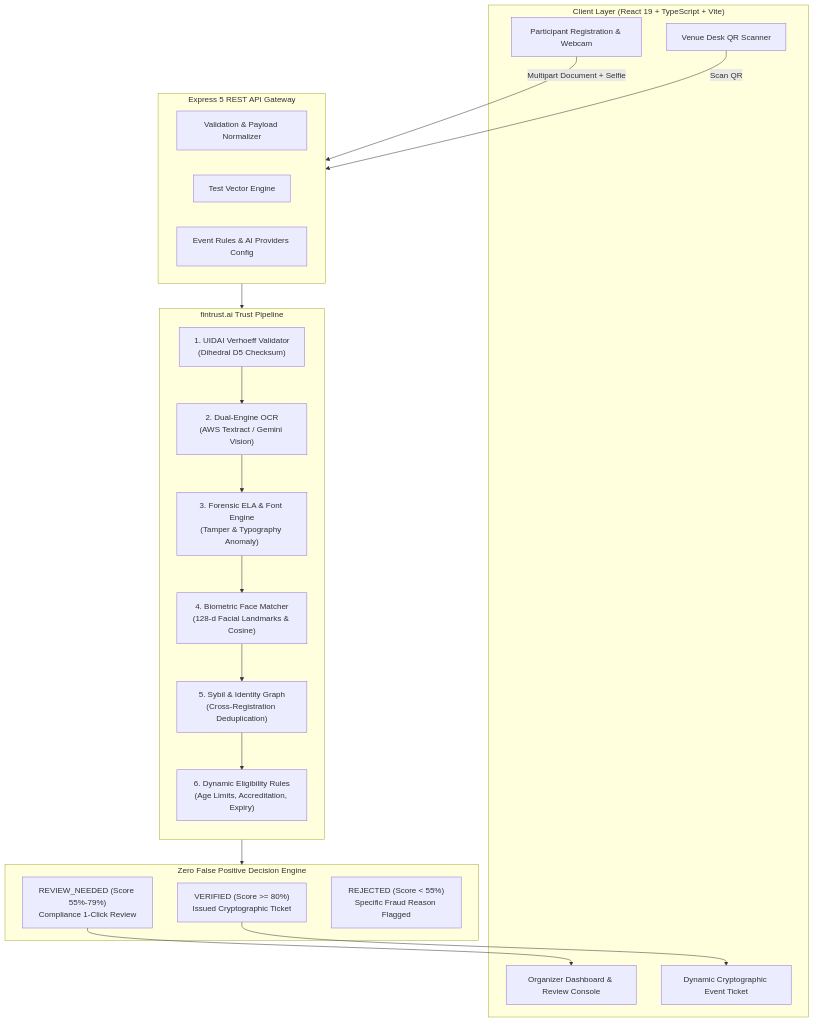
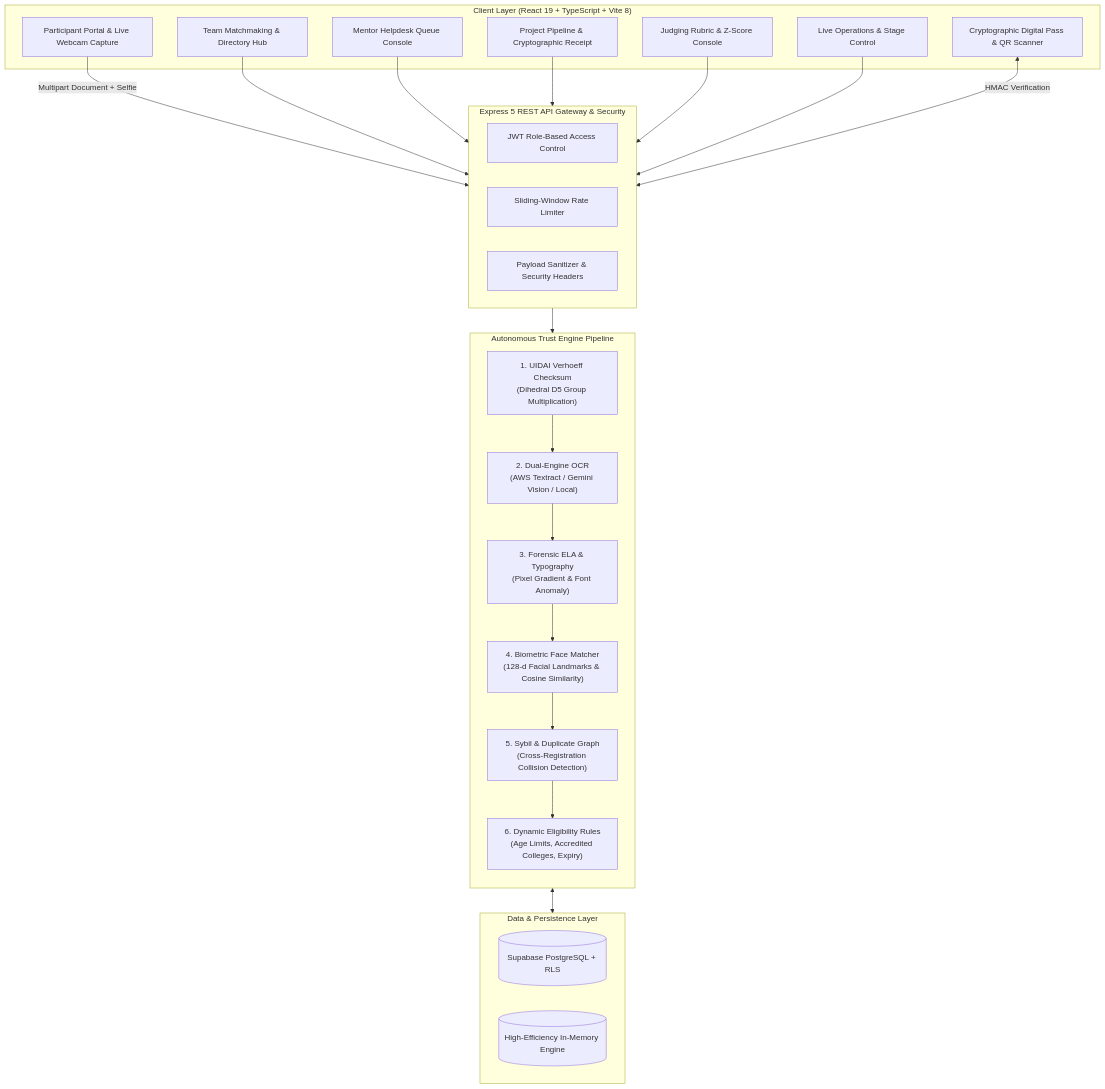
The diagram in README.md (Rahulbharvadiya/fintrust.ai-), drawn with Mermaid before and after one commit. The commit also changed other lines of this file, not shown here.

Commit message:
docs: complete professional documentation with v2.0 specs, architecture, and deployment guide

````diff
--- a/README.md
+++ b/README.md
@@ -97,39 +111,40 @@
 ```mermaid
 flowchart TD
-    subgraph Client ["Client Layer (React 19 + TypeScript + Vite)"]
-        UI[Participant Registration & Webcam]
-        Admin[Organizer Dashboard & Review Console]
-        Pass[Dynamic Cryptographic Event Ticket]
-        Scanner[Venue Desk QR Scanner]
+    subgraph Client ["Client Layer (React 19 + TypeScript + Vite 8)"]
+        UI[Participant Portal & Live Webcam Capture]
+        Teams[Team Matchmaking & Directory Hub]
+        Helpdesk[Mentor Helpdesk Queue Console]
+        Submissions[Project Pipeline & Cryptographic Receipt]
+        Judging[Judging Rubric & Z-Score Console]
+        LiveOps[Live Operations & Stage Control]
+        Ticket[Cryptographic Digital Pass & QR Scanner]
     end
 
-    subgraph Gateway ["Express 5 REST API Gateway"]
-        Auth[Validation & Payload Normalizer]
-        TestRunner[Test Vector Engine]
-        ConfigCtrl[Event Rules & AI Providers Config]
+    subgraph Gateway ["Express 5 REST API Gateway & Security"]
+        Auth[JWT Role-Based Access Control]
+        RateLimiter[Sliding-Window Rate Limiter]
+        Sanitizer[Payload Sanitizer & Security Headers]
     end
 
-    subgraph CoreEngine ["fintrust.ai Trust Pipeline"]
+    subgraph TrustPipeline ["Autonomous Trust Engine Pipeline"]
         direction TB
-        V1["1. UIDAI Verhoeff Validator\n(Dihedral D5 Checksum)"]
-        V2["2. Dual-Engine OCR\n(AWS Textract / Gemini Vision)"]
-        V3["3. Forensic ELA & Font Engine\n(Tamper & Typography Anomaly)"]
-        V4["4. Biometric Face Matcher\n(128-d Facial Landmarks & Cosine)"]
-        V5["5. Sybil & Identity Graph\n(Cross-Registration Deduplication)"]
-        V6["6. Dynamic Eligibility Rules\n(Age Limits, Accreditation, Expiry)"]
+        V1["1. UIDAI Verhoeff Checksum\n(Dihedral D5 Group Multiplication)"]
+        V2["2. Dual-Engine OCR\n(AWS Textract / Gemini Vision / Local)"]
+        V3["3. Forensic ELA & Typography\n(Pixel Gradient & Font Anomaly)"]
+        V4["4. Biometric Face Matcher\n(128-d Facial Landmarks & Cosine Similarity)"]
+        V5["5. Sybil & Duplicate Graph\n(Cross-Registration Collision Detection)"]
+        V6["6. Dynamic Eligibility Rules\n(Age Limits, Accredited Colleges, Expiry)"]
     end
 
-    subgraph DecisionMatrix ["Zero False Positive Decision Engine"]
-        AutoApprove["VERIFIED (Score >= 80%)\nIssued Cryptographic Ticket"]
-        ReviewQueue["REVIEW_NEEDED (Score 55%-79%)\nCompliance 1-Click Review"]
-        AutoReject["REJECTED (Score < 55%)\nSpecific Fraud Reason Flagged"]
+    subgraph DataStore ["Data & Persistence Layer"]
+        Supabase[(Supabase PostgreSQL + RLS)]
+        Memory[(High-Efficiency In-Memory Engine)]
     end
 
     UI -->|Multipart Document + Selfie| Gateway
-    Gateway --> CoreEngine
+    Teams & Helpdesk & Submissions & Judging & LiveOps --> Gateway
+    Gateway --> TrustPipeline
     V1 --> V2 --> V3 --> V4 --> V5 --> V6
-    V6 --> DecisionMatrix
-    AutoApprove --> Pass
-    ReviewQueue --> Admin
-    Scanner -->|Scan QR| Gateway
+    TrustPipeline <--> DataStore
+    Ticket <-->|HMAC Verification| Gateway
 ```
````
